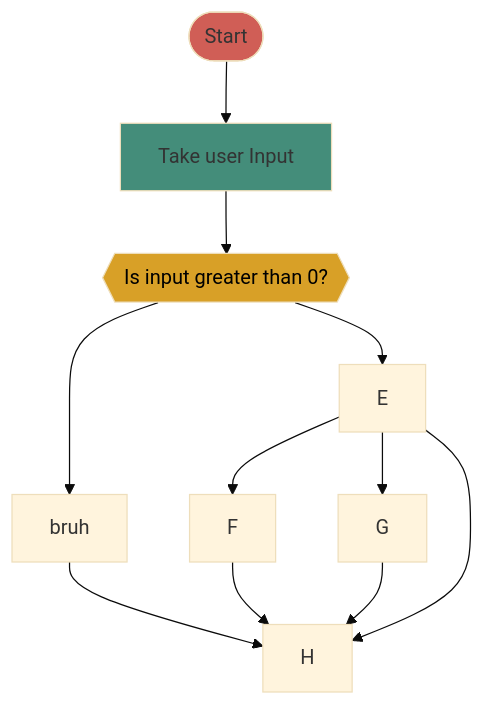
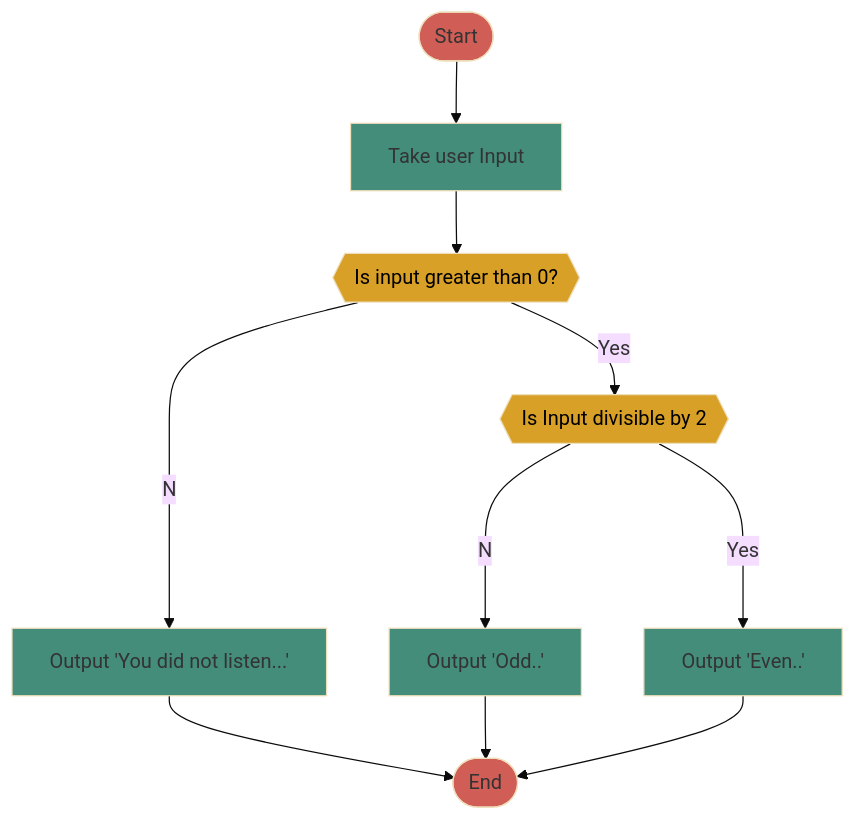
One commit to HokoraYinphineMPP/obsidian-git-sync changed the diagram in CSE 2010-12(83648)/2022-09-07 - C++ Control Flow with if-else statements.md. Above: the diagram before and after it, drawn with Mermaid (base theme).

Commit message:
vault backup: 2022-09-07 18:17:41

````diff
--- a/CSE 2010-12(83648)/2022-09-07 - C++ Control Flow with if-else statements.md
+++ b/CSE 2010-12(83648)/2022-09-07 - C++ Control Flow with if-else statements.md
@@ -83,16 +83,15 @@
 ```mermaid
 graph TD;
     A([Start]):::Red-->B;
     B[Take user Input]:::Green-->C;
-    C{{Is input greater than 0?}}:::Yellow-->D;
-    C-->E;
-    E-->F;
-    E-->G;
-    F-->H;
-    E-->H;
-    D[bruh]-->H;
-    G-->H;
+    C{{Is input greater than 0?}}:::Yellow--No-->D;
+    C--Yes-->E;
+    E{{Is Input divisible by 2}}:::Yellow--No-->F;
+    E--Yes-->G;
+    F[Output 'Odd..']:::Green-->H([End]):::Red;
+    D[Output 'You did not listen...']:::Green-->H;
+    G[Output 'Even..']:::Green-->H;
 	classDef Red fill:#d05e56;
 	classDef Yellow fill:#d8a027, color:#000;
 	classDef Green fill:#448d7a;
 ```
````
